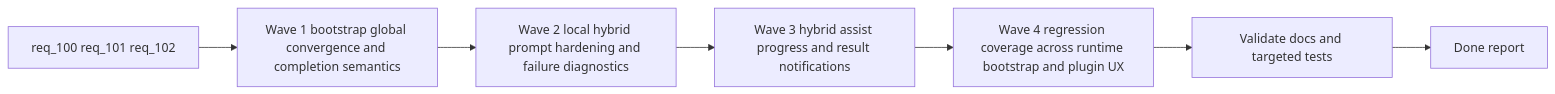
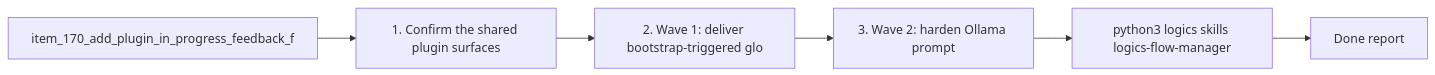
One commit to AlexAgo83/logics-manager changed the diagram in logics/tasks/task_104_orchestration_delivery_for_req_100_and_req_101_plugin_feedback_and_bootstrap_global_kit_convergence.md. Above: the diagram before and after it, drawn with Mermaid. The commit also changed other lines of this file and 481 other files, not shown here.

````diff
--- a/logics/tasks/task_104_orchestration_delivery_for_req_100_and_req_101_plugin_feedback_and_bootstrap_global_kit_convergence.md
+++ b/logics/tasks/task_104_orchestration_delivery_for_req_100_and_req_101_plugin_feedback_and_bootstrap_global_kit_convergence.md
@@ -43,11 +43,10 @@
 ```mermaid
 %% logics-kind: task
 %% logics-signature: task|orchestration-delivery-for-req-100-req-1|item-170-add-plugin-in-progress-feedback|1-confirm-the-shared-plugin-surfaces|python3-logics-skills-logics-flow-manage
 flowchart LR
-    Start[req_100 req_101 req_102] --> Wave1[Wave 1 bootstrap global convergence and completion semantics]
-    Wave1 --> Wave2[Wave 2 local hybrid prompt hardening and failure diagnostics]
-    Wave2 --> Wave3[Wave 3 hybrid assist progress and result notifications]
-    Wave3 --> Wave4[Wave 4 regression coverage across runtime bootstrap and plugin UX]
-    Wave4 --> Validate[Validate docs and targeted tests]
-    Validate --> Report[Done report]
+    Backlog[item_170_add_plugin_in_progress_feedback_f] --> Step1[1. Confirm the shared plugin surfaces]
+    Step1 --> Step2[2. Wave 1: deliver bootstrap-triggered glo]
+    Step2 --> Step3[3. Wave 2: harden Ollama prompt]
+    Step3 --> Validation[python3 logics skills logics-flow-manager]
+    Validation --> Report[Done report]
 ```
````
